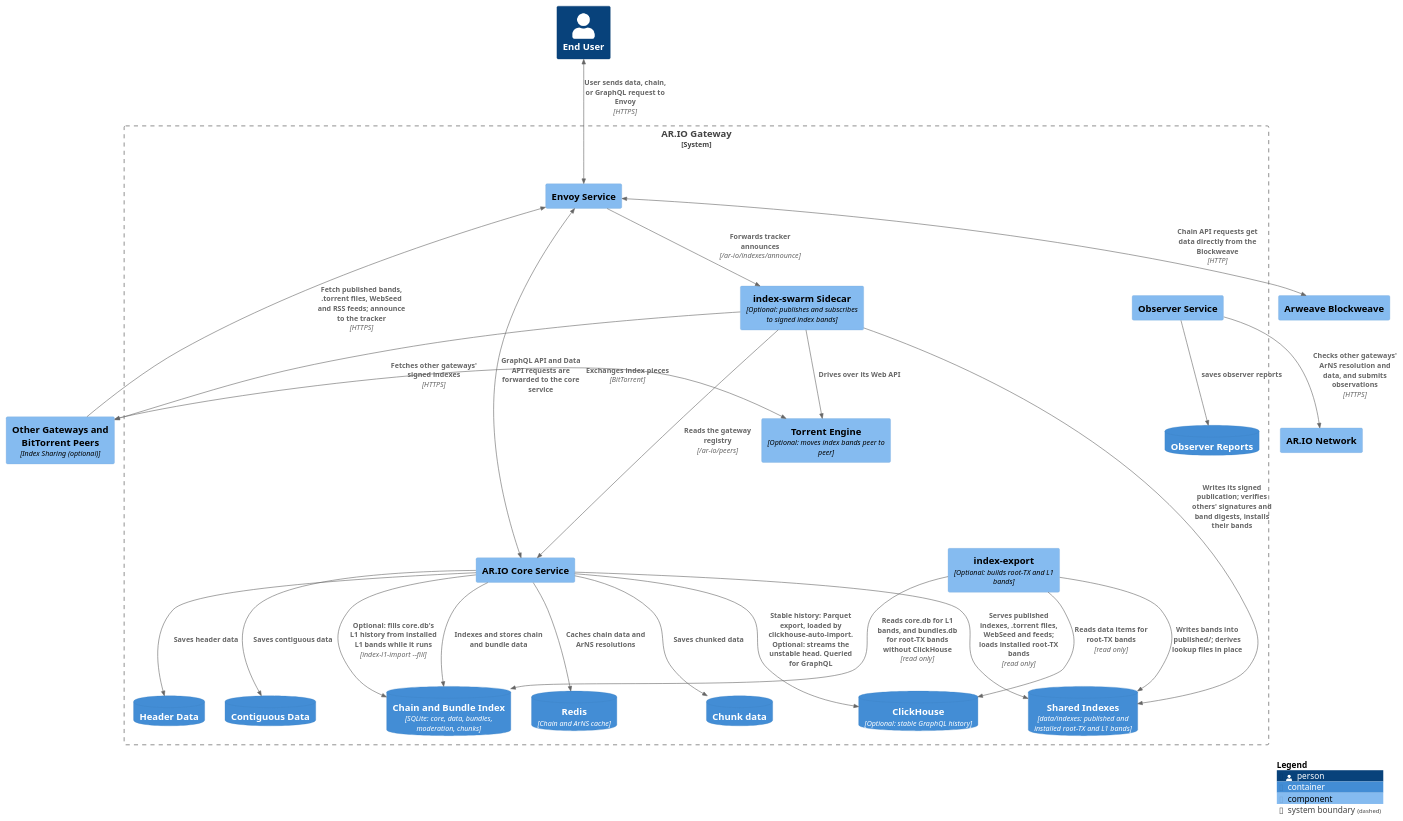
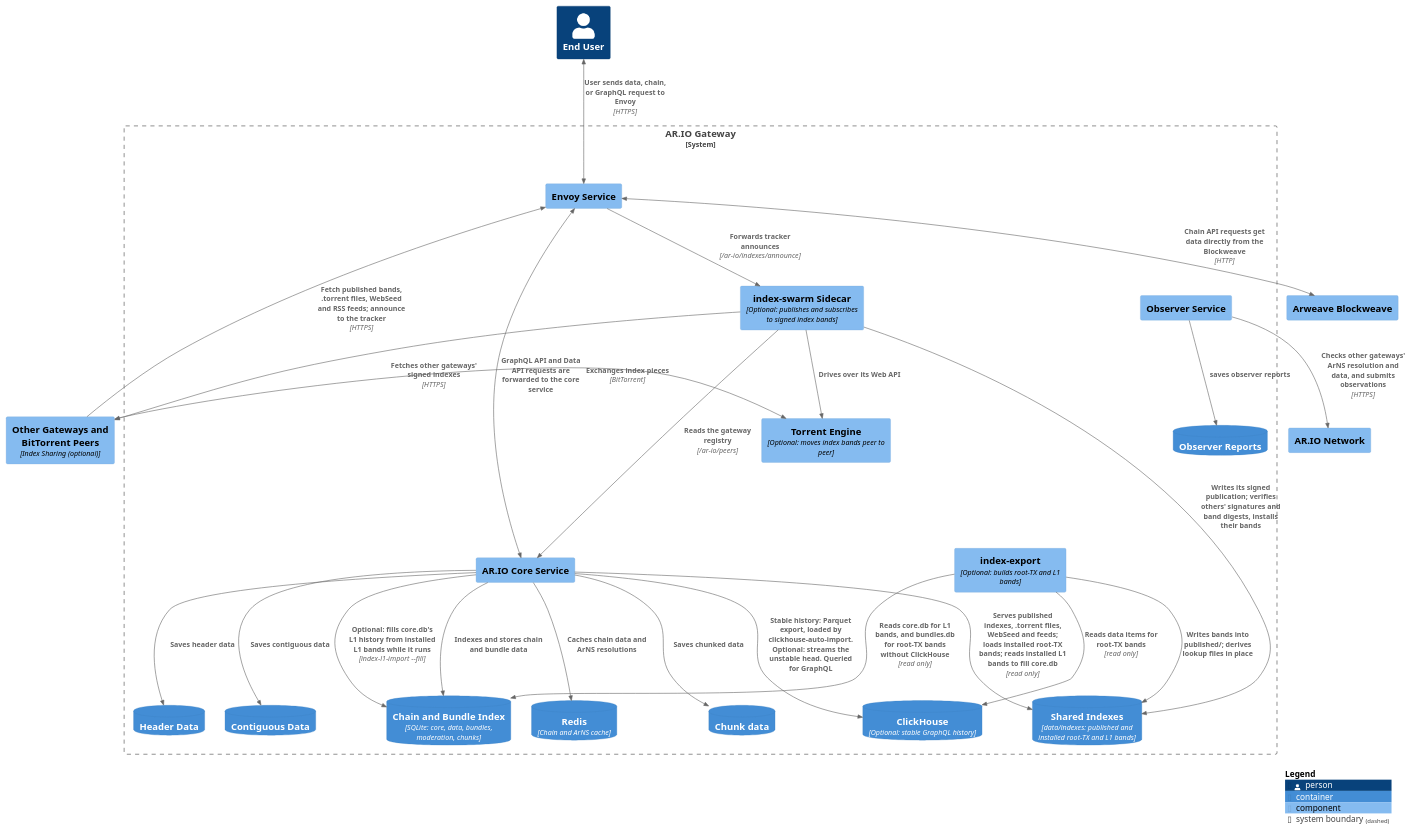
Before and after one commit to ar-io/ar-io-node: the diagram in docs/diagrams/src/Gateway.puml, drawn with PlantUML. The commit also changed 7 other files, not shown here.

```diff
--- a/docs/diagrams/src/Gateway.puml
+++ b/docs/diagrams/src/Gateway.puml
@@ -1,77 +1,77 @@
 @startuml Gateway
 
 
 !include ./C4_definitions/C4_Context.puml
 !include ./C4_definitions/C4_Container.puml
 !include ./C4_definitions/C4_Component.puml
 
 ' Set Layout
 LAYOUT_TOP_DOWN()
 
 
 ' Define Elements
 
 Person(user, "End User")
 Component(arweave, "Arweave Blockweave")
 Component(network, "AR.IO Network")
 
 Component(peers, "Other Gateways and BitTorrent Peers", "Index Sharing (optional)")
 
 System_Boundary(ar-io, "AR.IO Gateway"){
     Component(core, "AR.IO Core Service")
     Component(envoy, "Envoy Service")
     Component(observer, "Observer Service")
     ContainerDb(redis, "Redis", "Chain and ArNS cache")
     ContainerDb(clickhouse, "ClickHouse", "Optional: stable GraphQL history")
     Component(sidecar, "index-swarm Sidecar", "Optional: publishes and subscribes to signed index bands")
     Component(engine, "Torrent Engine", "Optional: moves index bands peer to peer")
     Component(exporter, "index-export", "Optional: builds root-TX and L1 bands")
 
     ContainerDb(chunks, "Chunk data")
     ContainerDb(headers, "Header Data")
     ContainerDb(contiguous, "Contiguous Data")
     ContainerDb(reports, "Observer Reports")
     ContainerDb(index, "Chain and Bundle Index", "SQLite: core, data, bundles, moderation, chunks")
     ContainerDb(indexes, "Shared Indexes", "data/indexes: published and installed root-TX and L1 bands")
 }
 
 ' Relationships
 BiRel(user, envoy, "User sends data, chain, or GraphQL request to Envoy", "HTTPS" )
 BiRel(envoy, arweave, "Chain API requests get data directly from the Blockweave", "HTTP")
 BiRel(envoy, core, "GraphQL API and Data API requests are forwarded to the core service")
 Rel(peers, envoy, "Fetch published bands, .torrent files, WebSeed and RSS feeds; announce to the tracker", "HTTPS")
 Rel(envoy, sidecar, "Forwards tracker announces", "/ar-io/indexes/announce")
 
 
 Rel(core, index, "Indexes and stores chain and bundle data")
 Rel(core, chunks, "Saves chunked data")
 Rel(core, headers, "Saves header data")
 Rel(core, contiguous, "Saves contiguous data")
 
 Rel(core, redis, "Caches chain data and ArNS resolutions")
 Rel(core, clickhouse, "Stable history: Parquet export, loaded by clickhouse-auto-import. Optional: streams the unstable head. Queried for GraphQL")
-Rel(core, indexes, "Serves published indexes, .torrent files, WebSeed and feeds; loads installed root-TX bands", "read only")
+Rel(core, indexes, "Serves published indexes, .torrent files, WebSeed and feeds; loads installed root-TX bands; reads installed L1 bands to fill core.db", "read only")
 Rel(core, index, "Optional: fills core.db's L1 history from installed L1 bands while it runs", "index-l1-import --fill")
 
 Rel(sidecar, indexes, "Writes its signed publication; verifies others' signatures and band digests, installs their bands")
 Rel(exporter, index, "Reads core.db for L1 bands, and bundles.db for root-TX bands without ClickHouse", "read only")
 Rel(exporter, clickhouse, "Reads data items for root-TX bands", "read only")
 Rel(exporter, indexes, "Writes bands into published/; derives lookup files in place")
 Rel(sidecar, core, "Reads the gateway registry", "/ar-io/peers")
 Rel(sidecar, peers, "Fetches other gateways' signed indexes", "HTTPS")
 Rel(sidecar, engine, "Drives over its Web API")
 BiRel(engine, peers, "Exchanges index pieces", "BitTorrent")
 
 Rel(observer, reports, "saves observer reports")
 Rel(observer, network, "Checks other gateways' ArNS resolution and data, and submits observations", "HTTPS")
 
 ' Layout hints: keep the index-sharing pieces together on the left
 Lay_Right(sidecar, observer)
 Lay_Down(sidecar, engine)
 Lay_Down(engine, exporter)
 Lay_Left(indexes, chunks)
 
 ' Legend
 SHOW_LEGEND()
 
 @enduml
```
